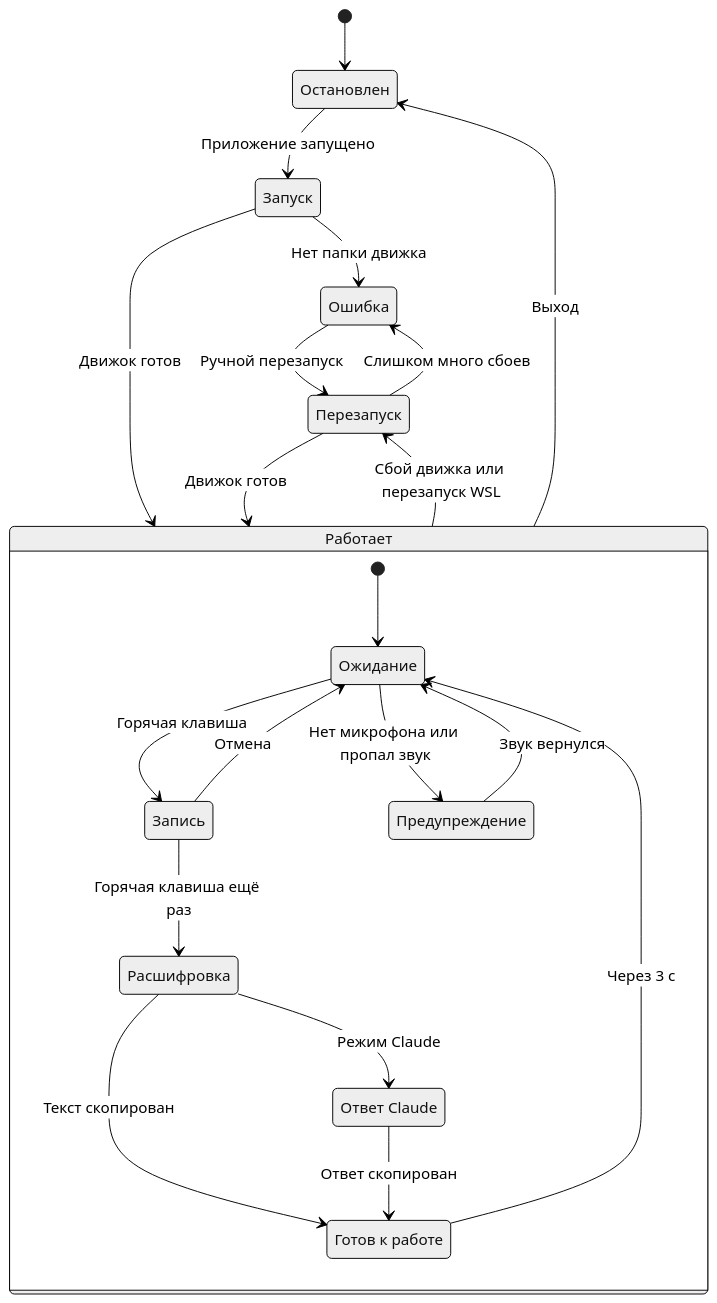
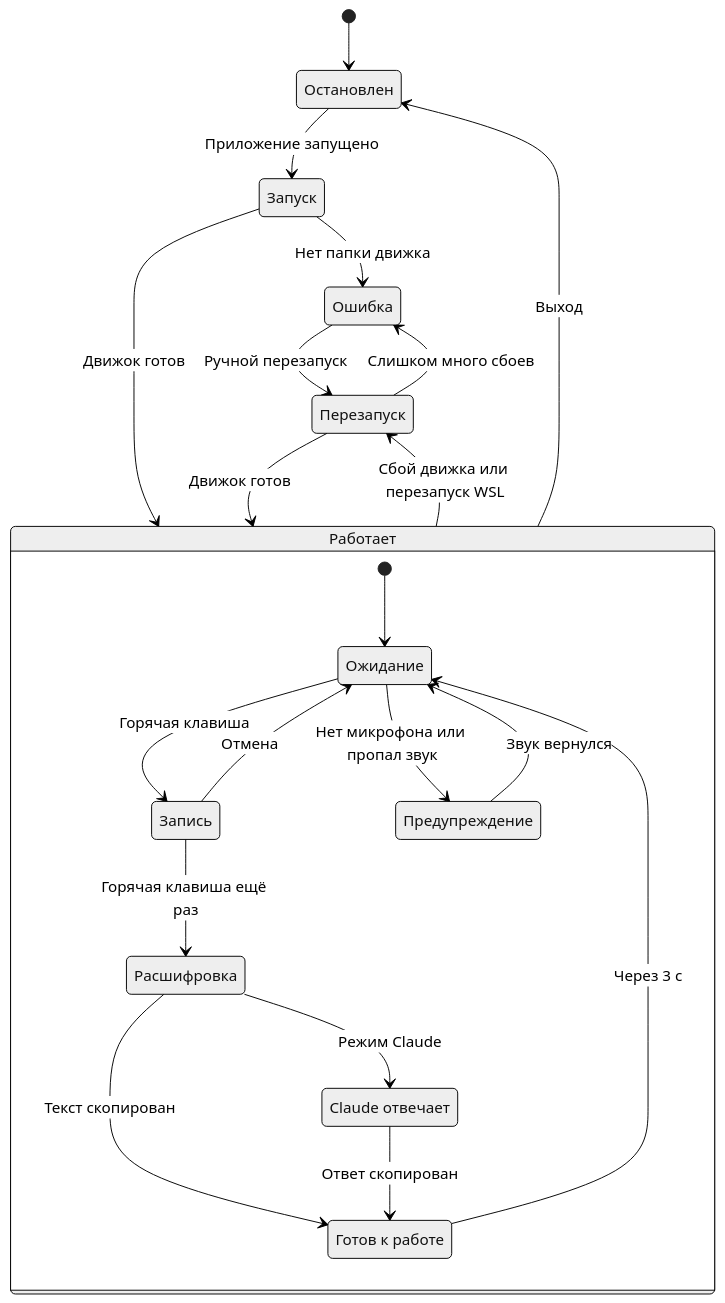
One commit to nano-br/voice-mate changed the fourth of 5 diagrams in README.ru.md. Above: the diagram before and after it, drawn with Mermaid (neutral theme). The commit also changed other lines of this file and 1 other file, not shown here.

````diff
--- a/README.ru.md
+++ b/README.ru.md
@@ -239,35 +239,35 @@
 ```mermaid
 stateDiagram-v2
     state "Остановлен" as Stopped
     state "Запуск" as Starting
     state "Работает" as Running
     state "Ошибка" as Error
     state "Перезапуск" as Restarting
     [*] --> Stopped
     Stopped --> Starting : Приложение запущено
     Starting --> Running : Движок готов
     Starting --> Error : Нет папки движка
     Running --> Restarting : Сбой движка или перезапуск WSL
     Restarting --> Running : Движок готов
     Restarting --> Error : Слишком много сбоев
     Error --> Restarting : Ручной перезапуск
     Running --> Stopped : Выход
     state Running {
         state "Ожидание" as Idle
         state "Запись" as Recording
         state "Расшифровка" as Transcribing
-        state "Ответ Claude" as Answering
+        state "Claude отвечает" as Answering
         state "Готов к работе" as Ready
         state "Предупреждение" as Warning
         [*] --> Idle
         Idle --> Recording : Горячая клавиша
         Recording --> Transcribing : Горячая клавиша ещё раз
         Recording --> Idle : Отмена
         Transcribing --> Ready : Текст скопирован
         Transcribing --> Answering : Режим Claude
         Answering --> Ready : Ответ скопирован
         Ready --> Idle : Через 3 с
         Idle --> Warning : Нет микрофона или пропал звук
         Warning --> Idle : Звук вернулся
     }
 ```
````
